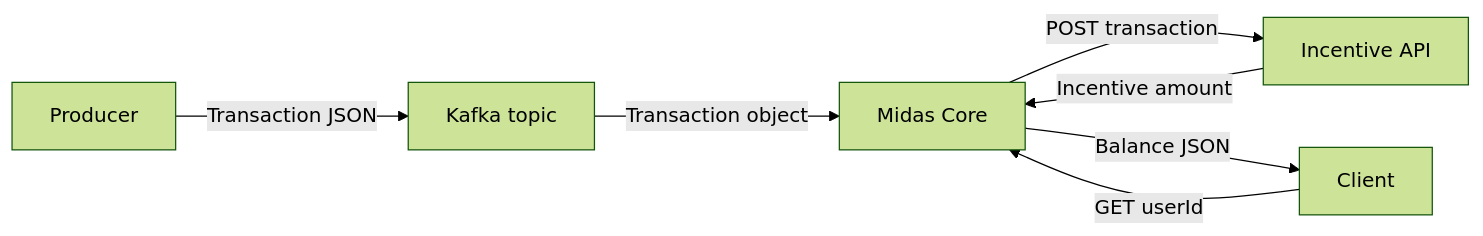
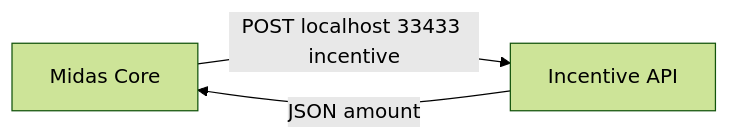
The third of 6 diagrams in docs/api-contracts.md (SidheshwarSarangal/forage-midas), drawn with Mermaid (forest theme) before and after one commit. The commit also changed other lines of this file and 4 other files, not shown here.

````diff
--- a/docs/api-contracts.md
+++ b/docs/api-contracts.md
@@ -7,9 +46,5 @@
 ```mermaid
 flowchart LR
-    P[Producer] -->|Transaction JSON| K[Kafka topic]
-    K -->|Transaction object| M[Midas Core]
-    M -->|POST transaction| I[Incentive API]
-    I -->|Incentive amount| M
-    C[Client] -->|GET userId| M
-    M -->|Balance JSON| C
+    M[Midas Core] -->|POST localhost 33433 incentive| I[Incentive API]
+    I -->|JSON amount| M
 ```
````
